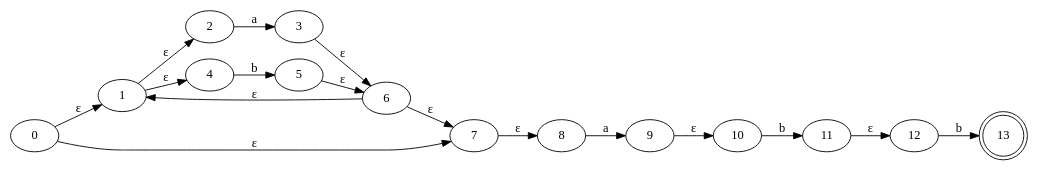
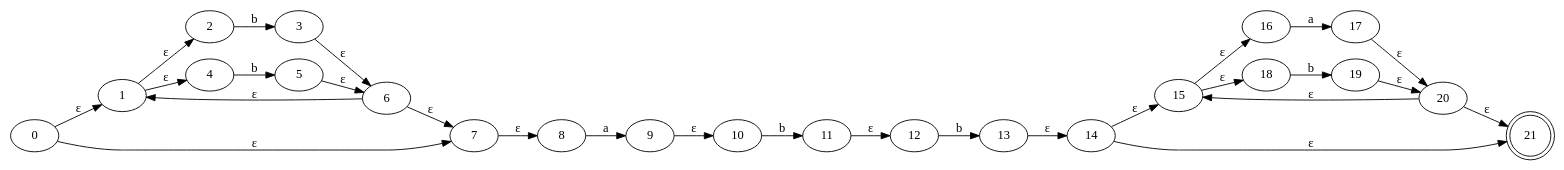
The diagram in test-output/nfa.gv (jua16073/lenguajes_proy1), drawn with Graphviz before and after one commit. The commit also changed 10 other files, not shown here.

```diff
--- a/test-output/nfa.gv
+++ b/test-output/nfa.gv
@@ -1,33 +1,52 @@
 digraph Automata {
 	rankdir=LR
 	0 [label=0]
 	0 -> 1 [label="ε"]
 	0 -> 7 [label="ε"]
 	1 [label=1]
 	1 -> 2 [label="ε"]
 	1 -> 4 [label="ε"]
 	2 [label=2]
-	2 -> 3 [label=a]
+	2 -> 3 [label=b]
 	3 [label=3]
 	3 -> 6 [label="ε"]
 	4 [label=4]
 	4 -> 5 [label=b]
 	5 [label=5]
 	5 -> 6 [label="ε"]
 	6 [label=6]
 	6 -> 1 [label="ε"]
 	6 -> 7 [label="ε"]
 	7 [label=7]
 	7 -> 8 [label="ε"]
 	8 [label=8]
 	8 -> 9 [label=a]
 	9 [label=9]
 	9 -> 10 [label="ε"]
 	10 [label=10]
 	10 -> 11 [label=b]
 	11 [label=11]
 	11 -> 12 [label="ε"]
 	12 [label=12]
 	12 -> 13 [label=b]
-	13 [label=13 shape=doublecircle]
+	13 [label=13]
+	13 -> 14 [label="ε"]
+	14 [label=14]
+	14 -> 15 [label="ε"]
+	14 -> 21 [label="ε"]
+	15 [label=15]
+	15 -> 16 [label="ε"]
+	15 -> 18 [label="ε"]
+	16 [label=16]
+	16 -> 17 [label=a]
+	17 [label=17]
+	17 -> 20 [label="ε"]
+	18 [label=18]
+	18 -> 19 [label=b]
+	19 [label=19]
+	19 -> 20 [label="ε"]
+	20 [label=20]
+	20 -> 15 [label="ε"]
+	20 -> 21 [label="ε"]
+	21 [label=21 shape=doublecircle]
 }
```
